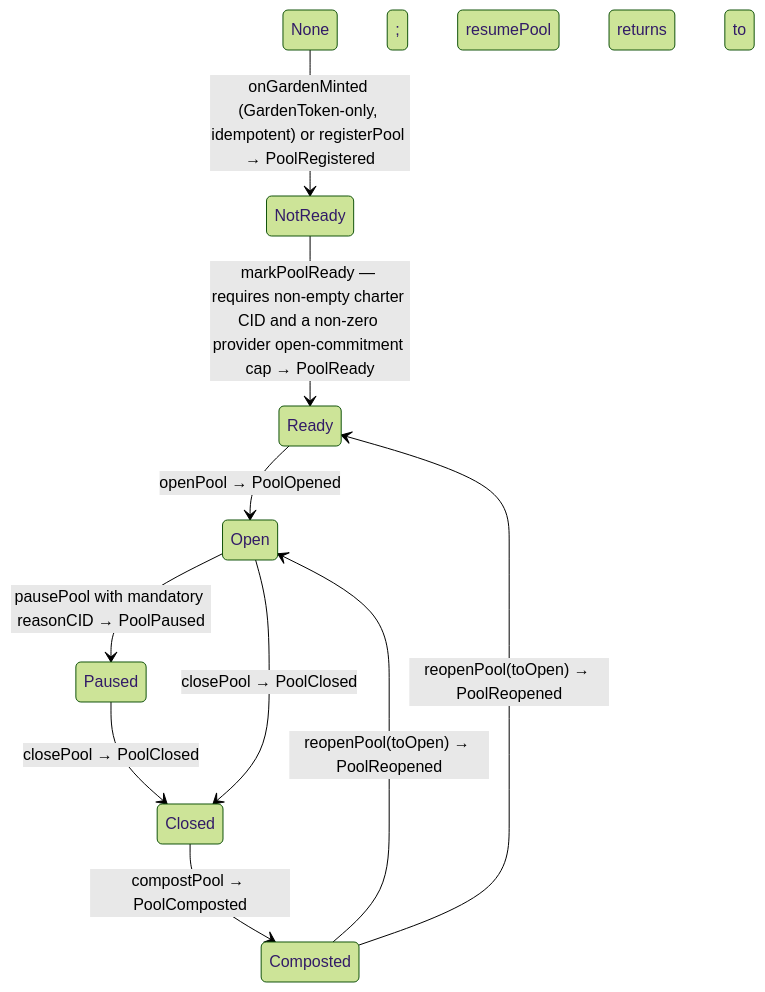
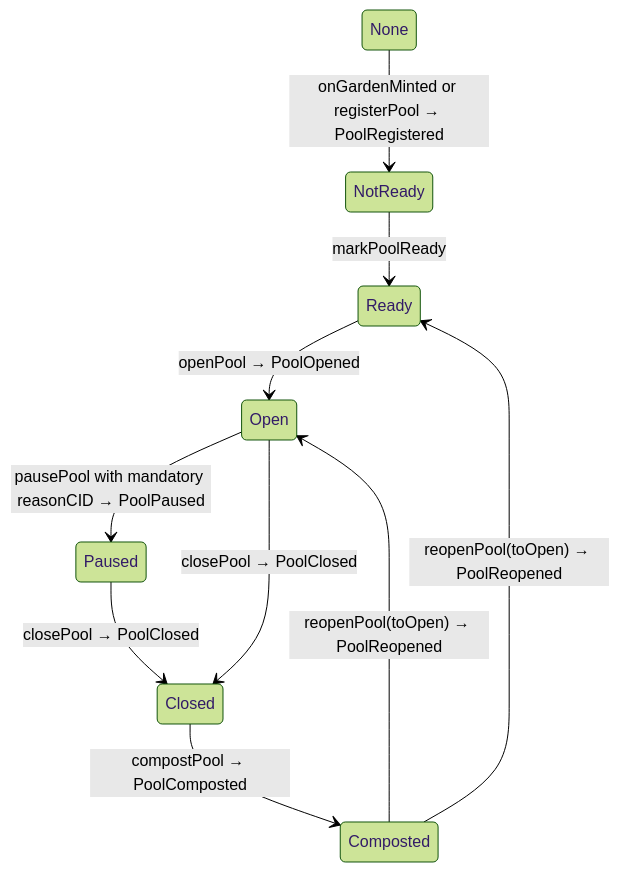
Before and after one commit to greenpill-dev-guild/green-goods: the fifth of 8 diagrams in docs/docs/builders/architecture/data-model.mdx, drawn with Mermaid (forest theme). The commit also changed other lines of this file and 20 other files, not shown here.

First line of the commit message:
docs: readable diagrams in dark mode, parseable lifecycles, copyable commands

````diff
--- a/docs/docs/builders/architecture/data-model.mdx
+++ b/docs/docs/builders/architecture/data-model.mdx
@@ -181,12 +196,19 @@
 ```mermaid
 stateDiagram-v2
-  None --> NotReady: onGardenMinted (GardenToken-only, idempotent) or registerPool → PoolRegistered
-  NotReady --> Ready: markPoolReady — requires non-empty charter CID and a non-zero provider open-commitment cap → PoolReady
+  None
+  NotReady
+  Ready
+  Open
+  Paused
+  Closed
+  Composted
+  None --> NotReady: onGardenMinted or registerPool → PoolRegistered
+  NotReady --> Ready: markPoolReady
   Ready --> Open: openPool → PoolOpened
-  Open --> Paused: pausePool with mandatory reasonCID → PoolPaused; resumePool returns to Open
+  Open --> Paused: pausePool with mandatory reasonCID → PoolPaused
   Open --> Closed: closePool → PoolClosed
   Paused --> Closed: closePool → PoolClosed
   Closed --> Composted: compostPool → PoolComposted
   Composted --> Ready: reopenPool(toOpen) → PoolReopened
   Composted --> Open: reopenPool(toOpen) → PoolReopened
 ```
````
